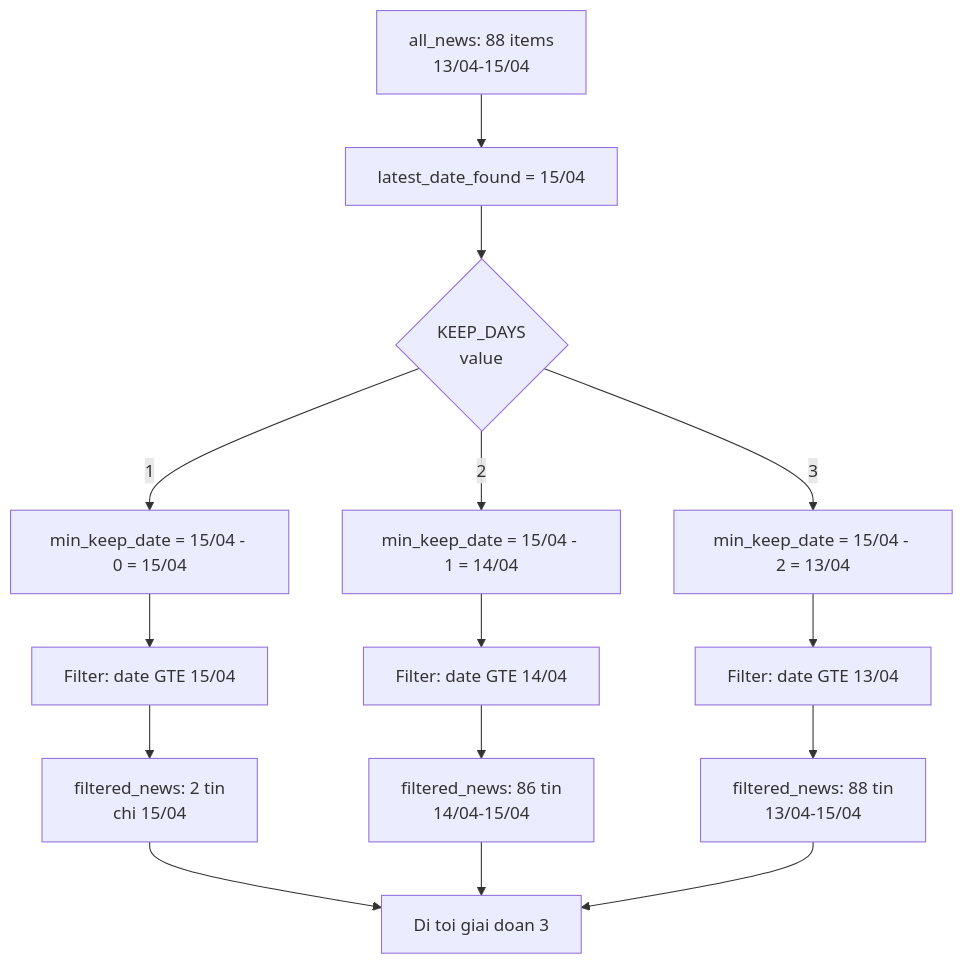
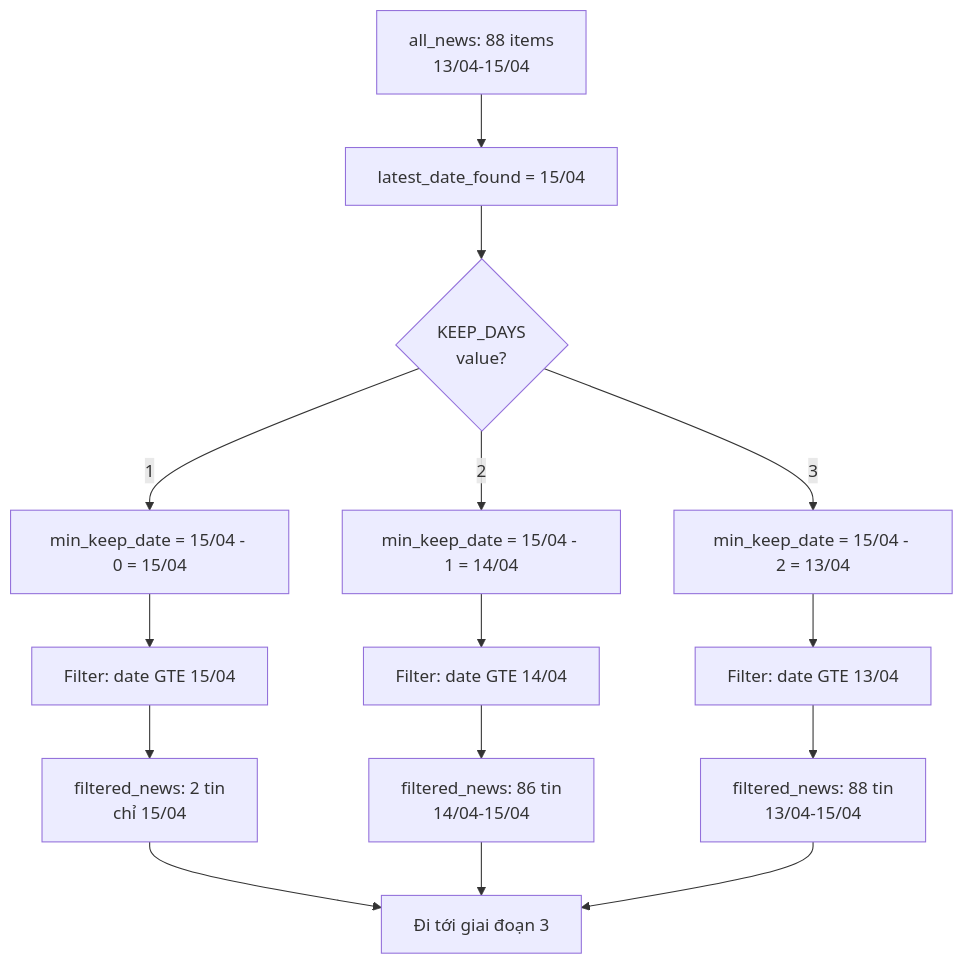
Before and after one commit to doanhieu1986/vps-automation-vhck: the third of 5 diagrams in FETCH_VSD_LOGIC.md, drawn with Mermaid. The commit also changed other lines of this file, not shown here.

````diff
--- a/FETCH_VSD_LOGIC.md
+++ b/FETCH_VSD_LOGIC.md
@@ -102,20 +102,20 @@
 ```mermaid
 flowchart TD
-    A[all_news: 88 items<br/>13/04-15/04] --> B[latest_date_found = 15/04]
-    B --> C{KEEP_DAYS<br/>value}
-    C -->|1| D[min_keep_date = 15/04 - 0 = 15/04]
-    C -->|2| E[min_keep_date = 15/04 - 1 = 14/04]
-    C -->|3| F[min_keep_date = 15/04 - 2 = 13/04]
+    A["all_news: 88 items<br/>13/04-15/04"] --> B["latest_date_found = 15/04"]
+    B --> C{"KEEP_DAYS<br/>value?"}
+    C -->|1| D["min_keep_date = 15/04 - 0 = 15/04"]
+    C -->|2| E["min_keep_date = 15/04 - 1 = 14/04"]
+    C -->|3| F["min_keep_date = 15/04 - 2 = 13/04"]
     
-    D --> G[Filter: date GTE 15/04]
-    E --> H[Filter: date GTE 14/04]
-    F --> I[Filter: date GTE 13/04]
+    D --> G["Filter: date GTE 15/04"]
+    E --> H["Filter: date GTE 14/04"]
+    F --> I["Filter: date GTE 13/04"]
     
-    G --> J[filtered_news: 2 tin<br/>chi 15/04]
-    H --> K[filtered_news: 86 tin<br/>14/04-15/04]
-    I --> L[filtered_news: 88 tin<br/>13/04-15/04]
+    G --> J["filtered_news: 2 tin<br/>chỉ 15/04"]
+    H --> K["filtered_news: 86 tin<br/>14/04-15/04"]
+    I --> L["filtered_news: 88 tin<br/>13/04-15/04"]
     
-    J --> M[Di toi giai doan 3]
+    J --> M["Đi tới giai đoạn 3"]
     K --> M
     L --> M
 ```
````
